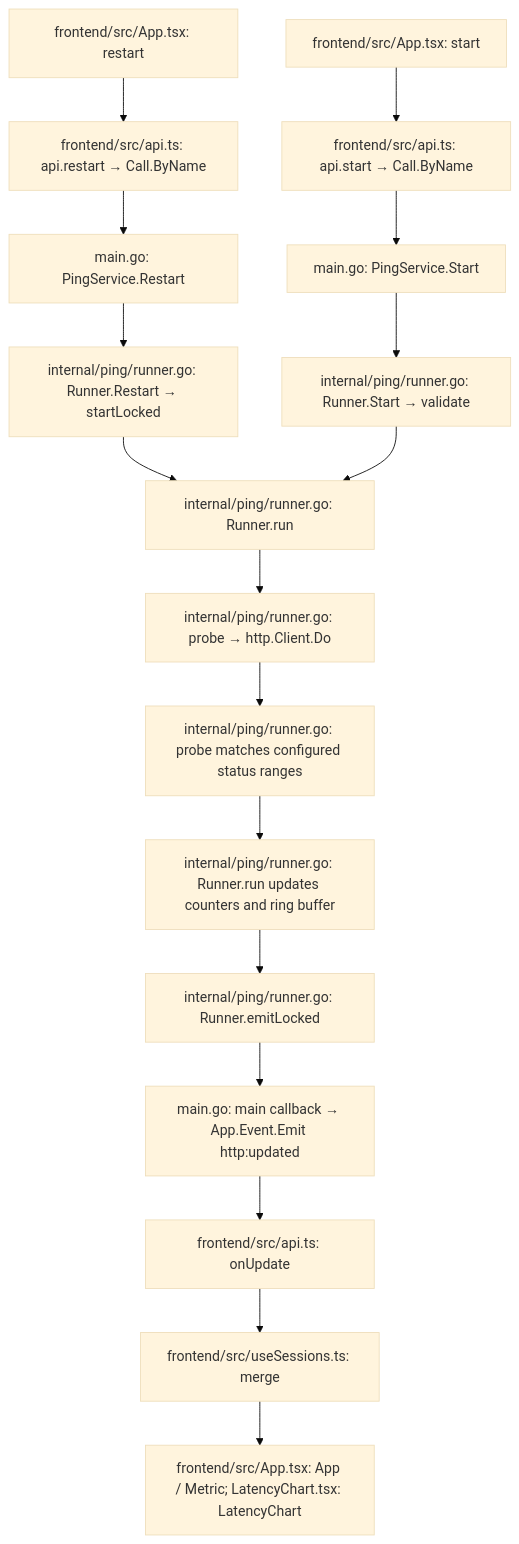
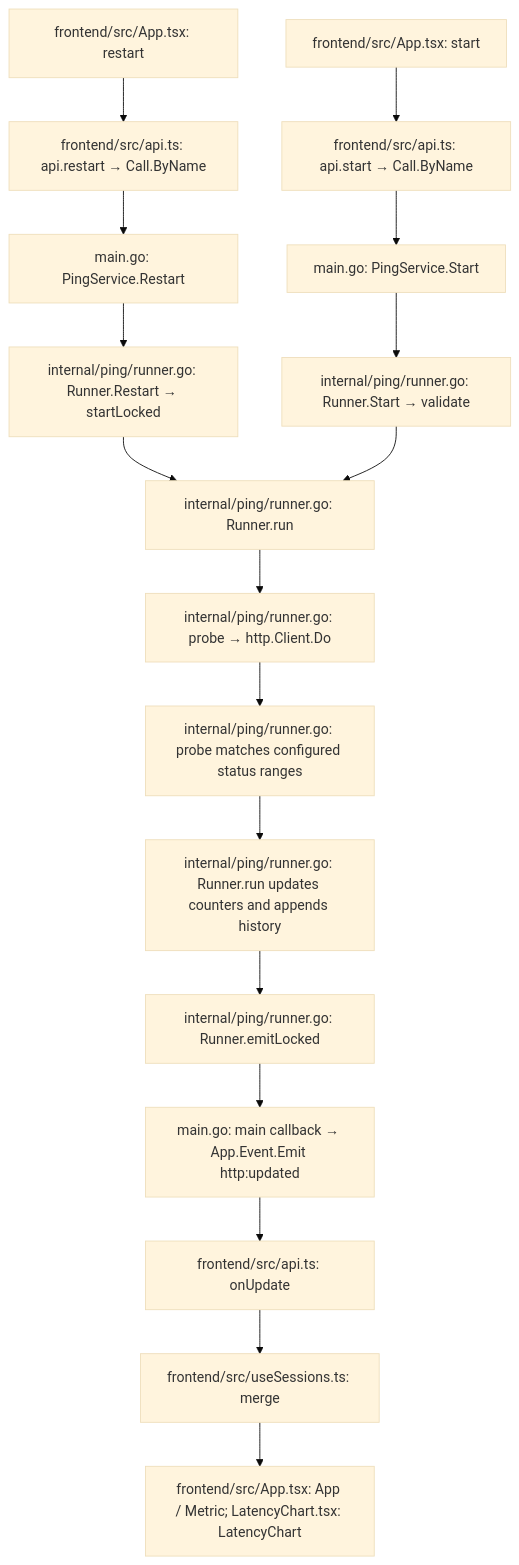
The first of 4 diagrams in docs/api_reference/http-wails-prototype.md (djian01/nt_gui), drawn with Mermaid (base theme) before and after one commit. The commit also changed other lines of this file and 7 other files, not shown here.

Commit message:
Add full timeline chart zoom

````diff
--- a/docs/api_reference/http-wails-prototype.md
+++ b/docs/api_reference/http-wails-prototype.md
@@ -36,19 +36,19 @@
 ```mermaid
 flowchart TD
     A["frontend/src/App.tsx: start"] --> B["frontend/src/api.ts: api.start → Call.ByName"]
     B --> C["main.go: PingService.Start"]
     C --> D["internal/ping/runner.go: Runner.Start → validate"]
     R["frontend/src/App.tsx: restart"] --> S["frontend/src/api.ts: api.restart → Call.ByName"]
     S --> T["main.go: PingService.Restart"]
     T --> U["internal/ping/runner.go: Runner.Restart → startLocked"]
     U --> E
     D --> E["internal/ping/runner.go: Runner.run"]
     E --> F["internal/ping/runner.go: probe → http.Client.Do"]
     F --> G["internal/ping/runner.go: probe matches configured status ranges"]
-    G --> V["internal/ping/runner.go: Runner.run updates counters and ring buffer"]
+    G --> V["internal/ping/runner.go: Runner.run updates counters and appends history"]
     V --> H["internal/ping/runner.go: Runner.emitLocked"]
     H --> I["main.go: main callback → App.Event.Emit http:updated"]
     I --> J["frontend/src/api.ts: onUpdate"]
     J --> K["frontend/src/useSessions.ts: merge"]
     K --> L["frontend/src/App.tsx: App / Metric; LatencyChart.tsx: LatencyChart"]
 ```
````
